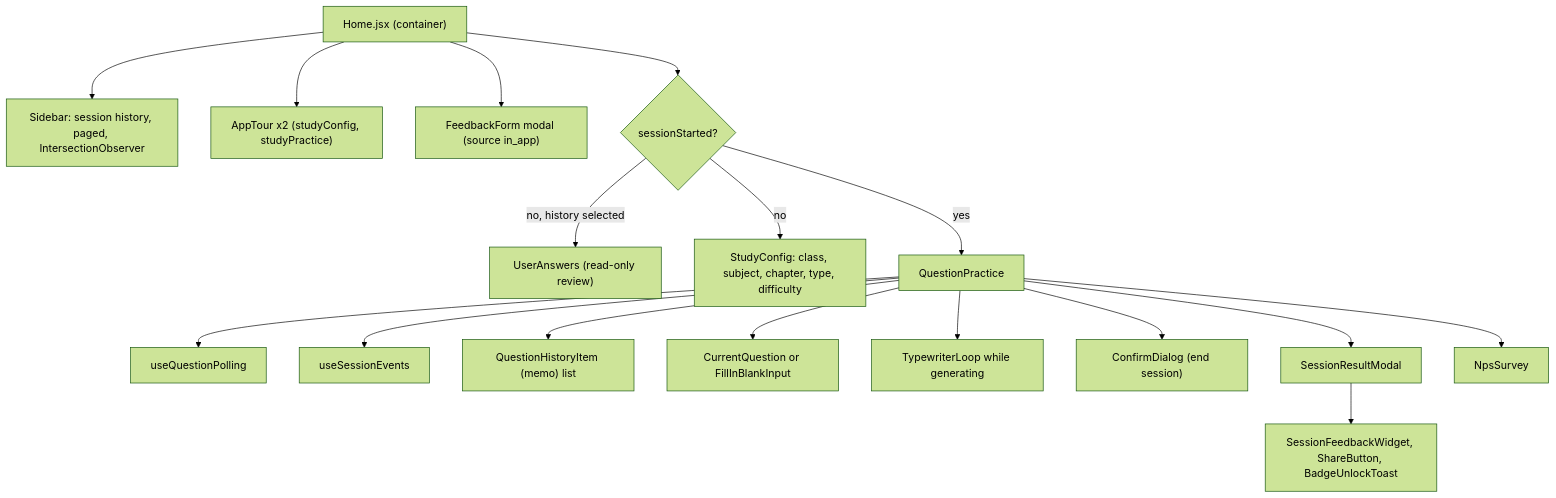
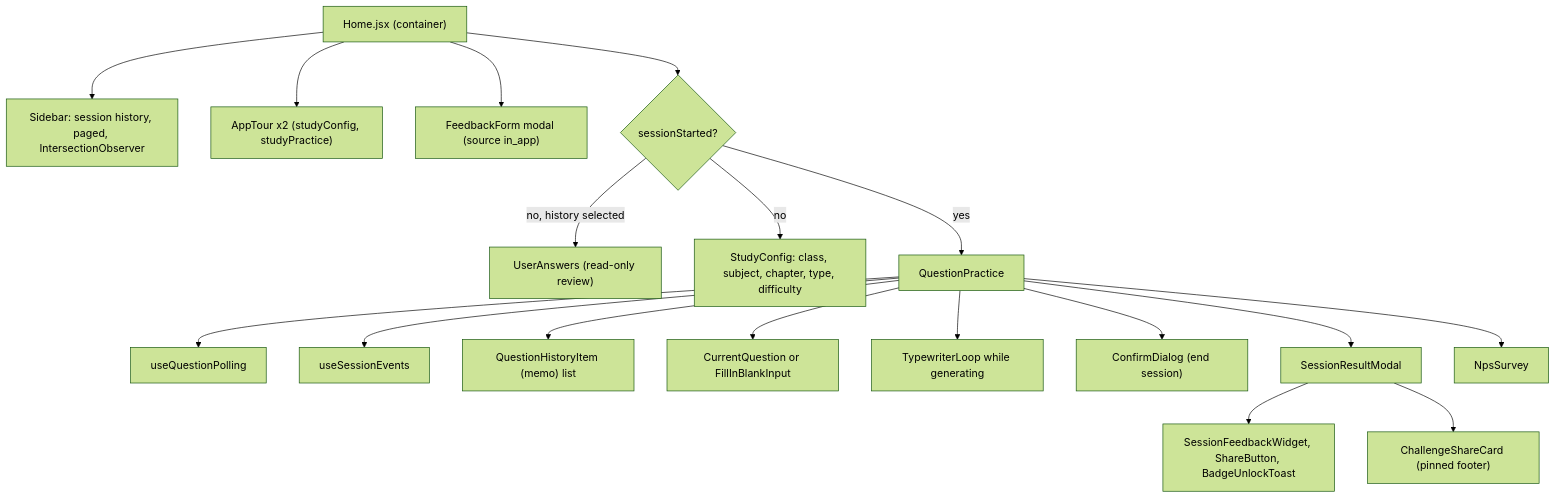
Before and after one commit to AskAide-AI/docs: the third of 14 diagrams in docs/frontend/lld.md, drawn with Mermaid (forest theme). The commit also changed other lines of this file and 46 other files, not shown here.

````diff
--- a/docs/frontend/lld.md
+++ b/docs/frontend/lld.md
@@ -265,19 +274,20 @@
 ```mermaid
 flowchart TD
   HOME["Home.jsx (container)"] --> SB["Sidebar: session history, paged, IntersectionObserver"]
   HOME --> TOUR["AppTour x2 (studyConfig, studyPractice)"]
   HOME --> FBM["FeedbackForm modal (source in_app)"]
   HOME --> SW{"sessionStarted?"}
   SW -->|no, history selected| UA["UserAnswers (read-only review)"]
   SW -->|no| SC["StudyConfig: class, subject, chapter, type, difficulty"]
   SW -->|yes| QP["QuestionPractice"]
   QP --> HOOK1["useQuestionPolling"]
   QP --> HOOK2["useSessionEvents"]
   QP --> QHI["QuestionHistoryItem (memo) list"]
   QP --> CQ["CurrentQuestion or FillInBlankInput"]
   QP --> TW["TypewriterLoop while generating"]
   QP --> CD["ConfirmDialog (end session)"]
   QP --> SRM["SessionResultModal"]
   SRM --> SFW["SessionFeedbackWidget, ShareButton, BadgeUnlockToast"]
+  SRM --> CSC["ChallengeShareCard (pinned footer)"]
   QP --> NPS["NpsSurvey"]
 ```
````
